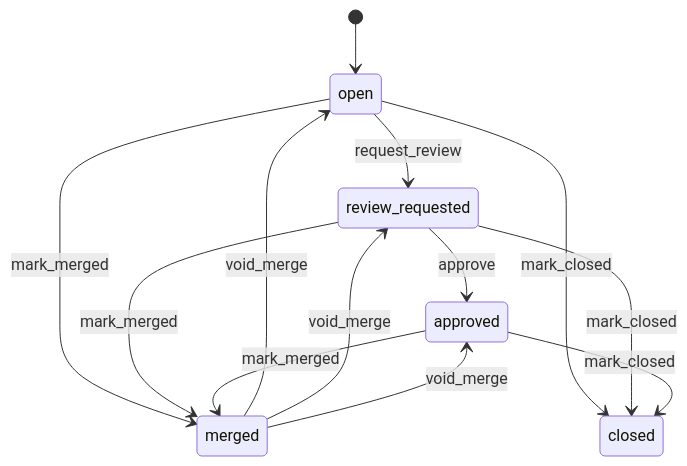
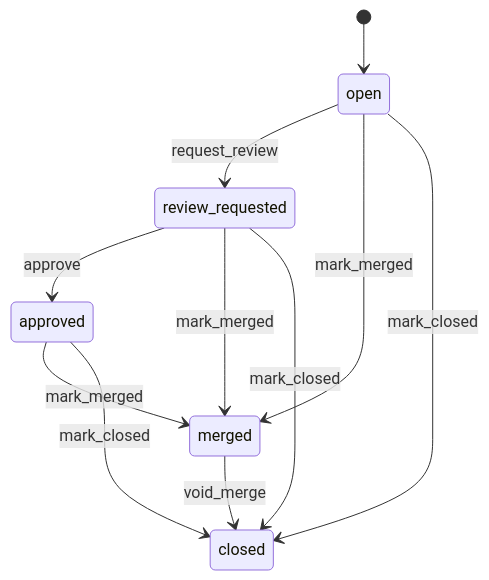
The diagram in docs/generated/diagrams/pull-request-lifecycle.md (souliane/teatree), drawn with Mermaid before and after one commit. The commit also changed 75 other files, not shown here.

````diff
--- a/docs/generated/diagrams/pull-request-lifecycle.md
+++ b/docs/generated/diagrams/pull-request-lifecycle.md
@@ -4,15 +4,13 @@
 ```mermaid
 stateDiagram-v2
     [*] --> open
     open --> review_requested : request_review
     open --> merged : mark_merged
     open --> closed : mark_closed
     review_requested --> approved : approve
     review_requested --> merged : mark_merged
     review_requested --> closed : mark_closed
     approved --> merged : mark_merged
     approved --> closed : mark_closed
-    merged --> open : void_merge
-    merged --> review_requested : void_merge
-    merged --> approved : void_merge
+    merged --> closed : void_merge
 ```
````
